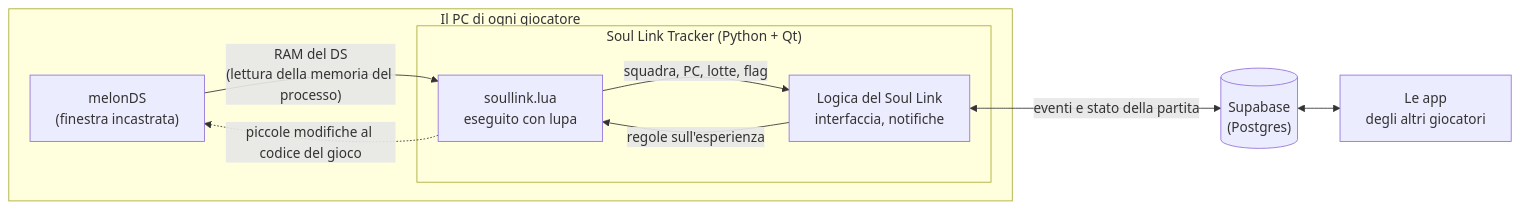
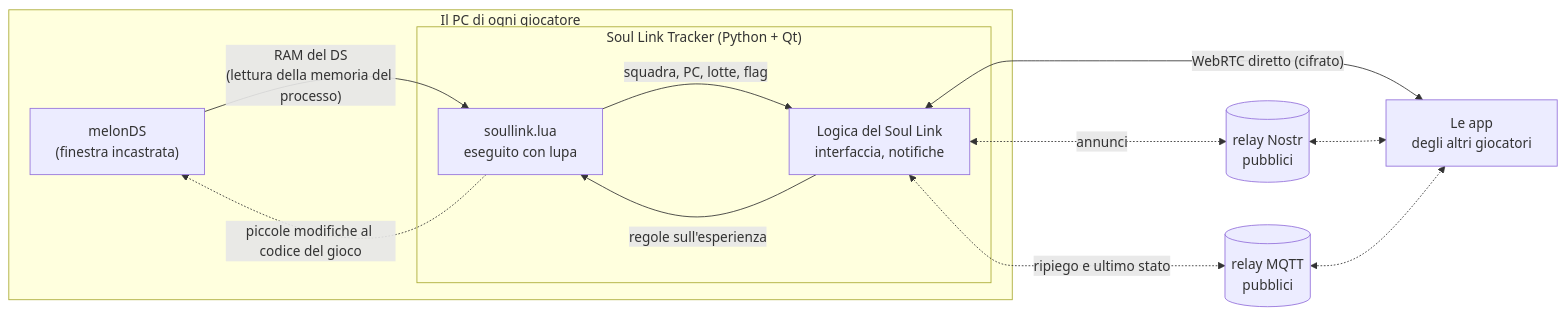
One commit to Raffo99/SoulLinkTracker changed the diagram in README.md. Above: the diagram before and after it, drawn with Mermaid. The commit also changed other lines of this file and 24 other files, not shown here.

````diff
--- a/README.md
+++ b/README.md
@@ -78,16 +78,19 @@
 ```mermaid
 flowchart LR
     subgraph PC["Il PC di ogni giocatore"]
         M["melonDS<br/>(finestra incastrata)"]
         subgraph APP["Soul Link Tracker (Python + Qt)"]
             S["soullink.lua<br/>eseguito con lupa"]
             T["Logica del Soul Link<br/>interfaccia, notifiche"]
         end
         M -- "RAM del DS<br/>(lettura della memoria del processo)" --> S
         S -- "squadra, PC, lotte, flag" --> T
         T -- "regole sull'esperienza" --> S
         S -. "piccole modifiche al codice del gioco" .-> M
     end
-    T <-- "eventi e stato della partita" --> DB[("Supabase<br/>(Postgres)")]
-    DB <--> A["Le app<br/>degli altri giocatori"]
+    T <-- "WebRTC diretto (cifrato)" --> A["Le app<br/>degli altri giocatori"]
+    T <-. "annunci" .-> N[("relay Nostr<br/>pubblici")]
+    T <-. "ripiego e ultimo stato" .-> Q[("relay MQTT<br/>pubblici")]
+    N <-.-> A
+    Q <-.-> A
 ```
````
